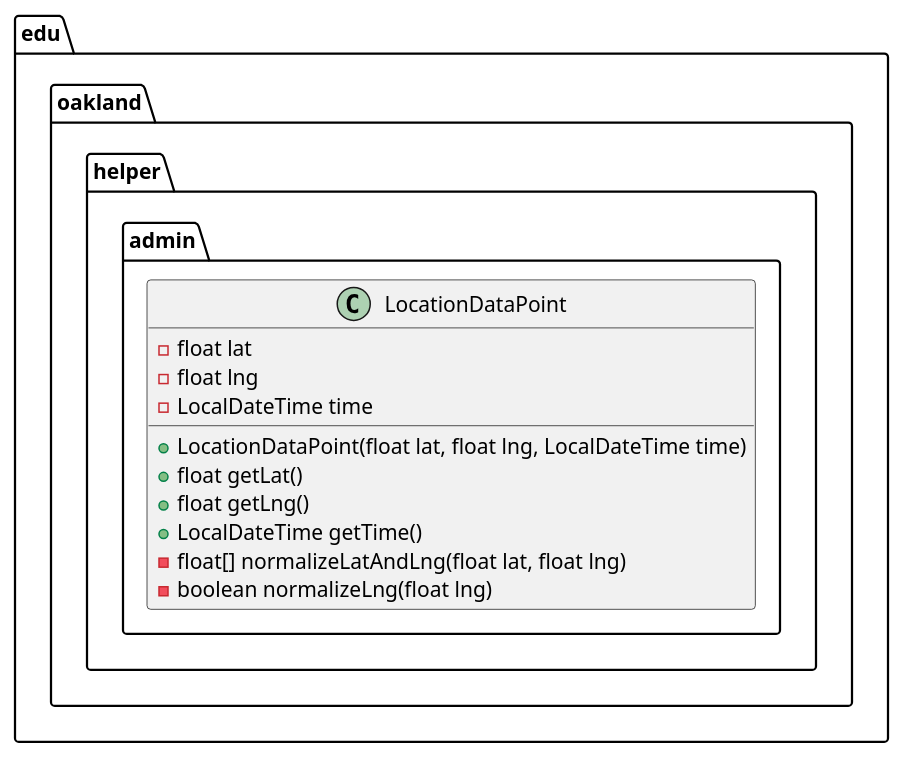
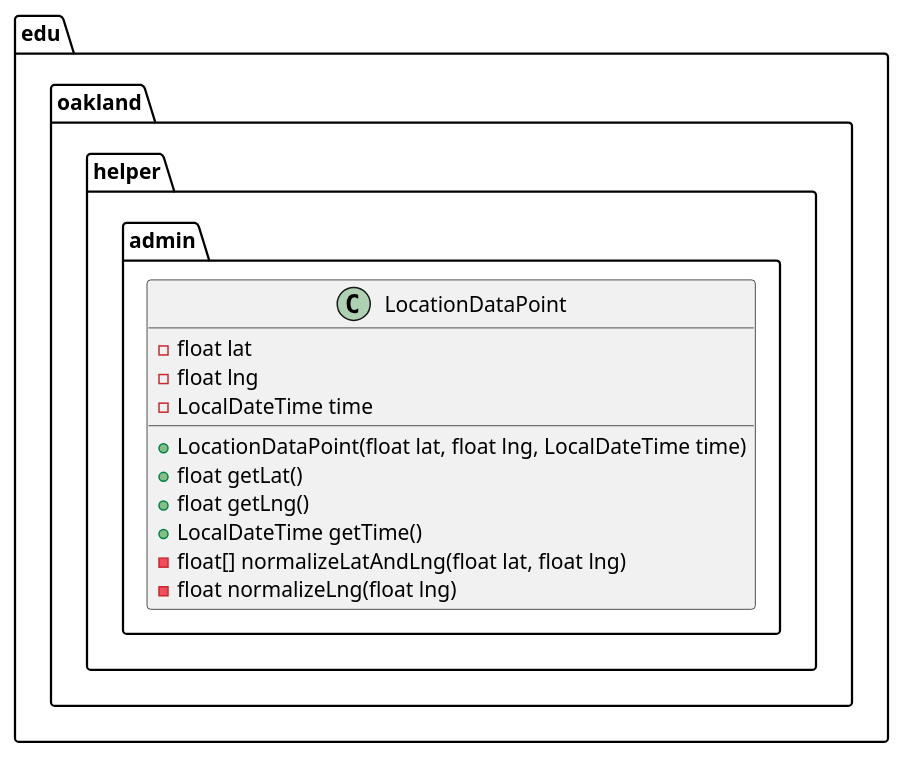
The diagram in docs/uml-class-diagrams/admin/helper/LocationDataPoint/LocationDataPoint.puml (andrewdimmer/csi-3370-software-project), drawn with PlantUML before and after one commit.

```diff
--- a/docs/uml-class-diagrams/admin/helper/LocationDataPoint/LocationDataPoint.puml
+++ b/docs/uml-class-diagrams/admin/helper/LocationDataPoint/LocationDataPoint.puml
@@ -1,17 +1,17 @@
 @startuml LocationDataPoint
 
 package edu.oakland.helper.admin {
     class LocationDataPoint {
         - float lat
         - float lng
         - LocalDateTime time
         + LocationDataPoint(float lat, float lng, LocalDateTime time)
         + float getLat()
         + float getLng()
         + LocalDateTime getTime()
         - float[] normalizeLatAndLng(float lat, float lng)
-        - boolean normalizeLng(float lng)
+        - float normalizeLng(float lng)
     }
 }
 
 @enduml
```
